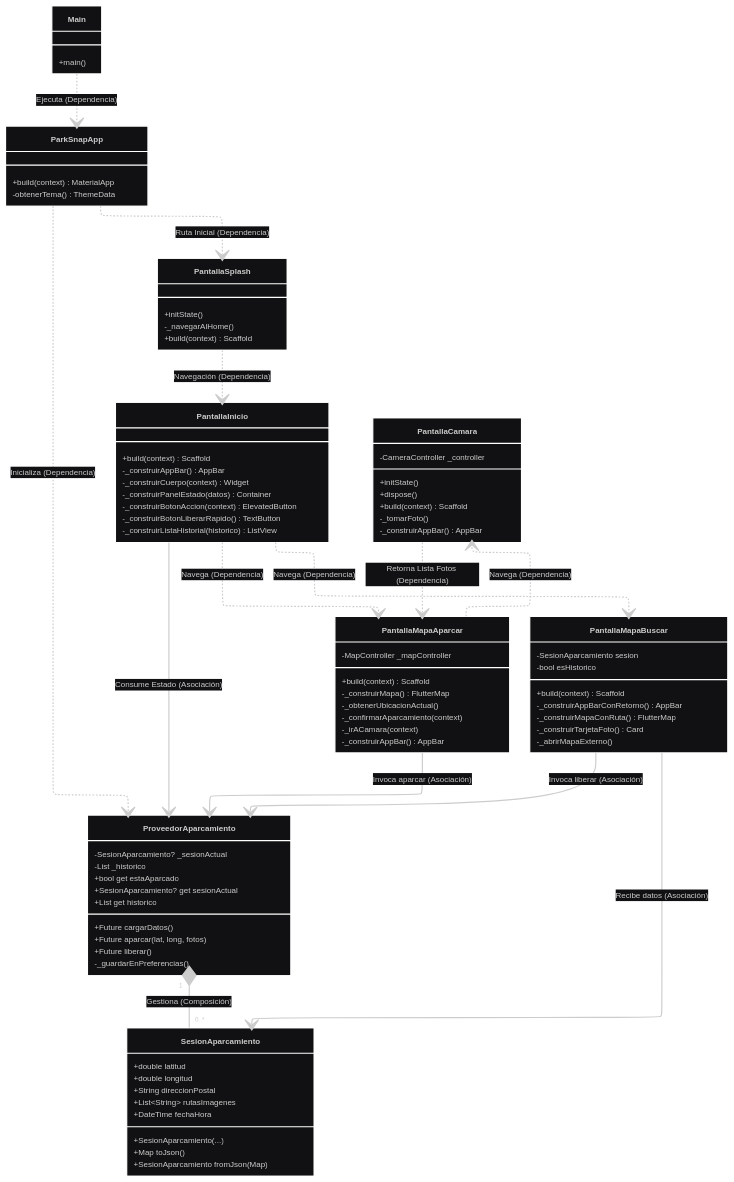
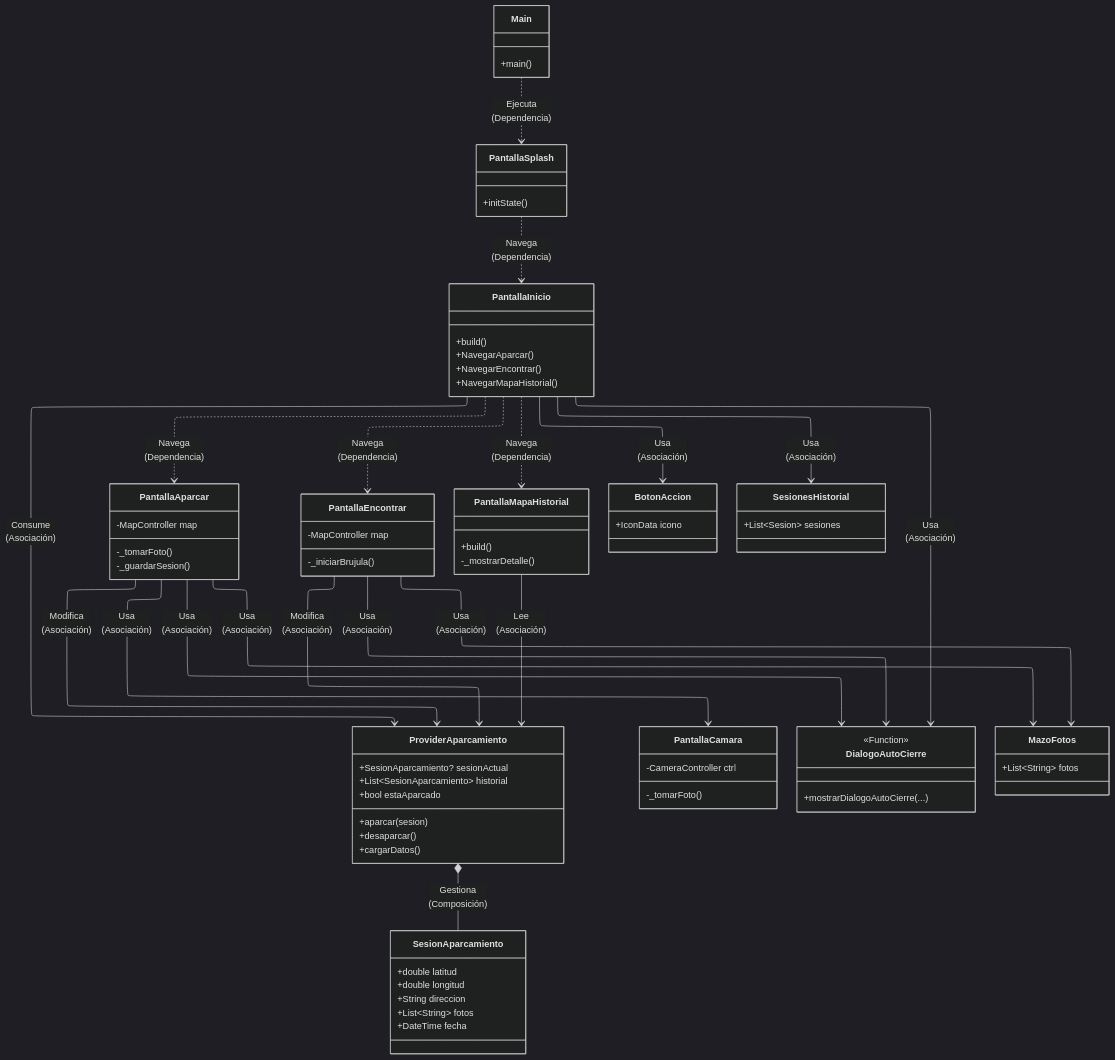
Before and after one commit to ncondeviladev/ParkSnap: the second of 2 diagrams in docs/memoria_proyecto.md, drawn with Mermaid. The commit also changed other lines of this file and 60 other files, not shown here.

Commit message:
ParkSnap v1.0.0

````diff
--- a/docs/memoria_proyecto.md
+++ b/docs/memoria_proyecto.md
@@ -138,117 +141,112 @@
 ---
 config:
   layout: elk
-  theme: redux-dark
+  theme: dark
 ---
 classDiagram
-    %% --- MAIN Y CONFIGURACIÓN ---
+    direction TB
+
+    %% --- LOGICA Y DATOS ---
     class Main {
         +main()
     }
-    class ParkSnapApp {
-        +build(context) MaterialApp
-        -obtenerTema() ThemeData
-    }
 
-    %% --- MODELO DE DATOS ---
     class SesionAparcamiento {
         +double latitud
         +double longitud
-        +String direccionPostal
-        +List~String~ rutasImagenes
-        +DateTime fechaHora
-        +SesionAparcamiento(...)
-        +Map<String, dynamic> toJson()
-        +SesionAparcamiento fromJson(Map)
+        +String direccion
+        +List~String~ fotos
+        +DateTime fecha
     }
 
-    %% --- LÓGICA DE NEGOCIO (PROVIDER) ---
-    class ProveedorAparcamiento {
-        -SesionAparcamiento? _sesionActual
-        -List<SesionAparcamiento> _historico
-        +bool get estaAparcado
-        +SesionAparcamiento? get sesionActual
-        +List<SesionAparcamiento> get historico
-        +Future<void> cargarDatos()
-        +Future<void> aparcar(lat, long, fotos)
-        +Future<void> liberar()
-        -_guardarEnPreferencias()
+    class ProviderAparcamiento {
+        +SesionAparcamiento? sesionActual
+        +List~SesionAparcamiento~ historial
+        +bool estaAparcado
+        +aparcar(sesion)
+        +desaparcar()
+        +cargarDatos()
     }
 
-    %% --- INTERFAZ DE USUARIO (SCREENS) ---
-
-    %% Splash Screen
+    %% --- PANTALLAS ---
     class PantallaSplash {
         +initState()
-        -_navegarAlHome()
-        +build(context) Scaffold
     }
 
-    %% Pantalla Principal (Home)
     class PantallaInicio {
-        +build(context) Scaffold
-        -_construirAppBar() AppBar
-        -_construirCuerpo(context) Widget
-        -_construirPanelEstado(datos) Container
-        -_construirBotonAccion(context) ElevatedButton
-        -_construirBotonLiberarRapido() TextButton
-        -_construirListaHistorial(historico) ListView
+        +build()
+        +NavegarAparcar()
+        +NavegarEncontrar()
+        +NavegarMapaHistorial()
     }
 
-    %% Mapa de Aparcamiento
-    class PantallaMapaAparcar {
-        -MapController _mapController
-        +build(context) Scaffold
-        -_construirMapa() FlutterMap
-        -_obtenerUbicacionActual()
-        -_confirmarAparcamiento(context)
-        -_irACamara(context)
-        -_construirAppBar() AppBar
+    class PantallaAparcar {
+        -MapController map
+        -_tomarFoto()
+        -_guardarSesion()
     }
 
-    %% Interfaz de Cámara
-    class PantallaCamara {
-        -CameraController _controller
-        +initState()
-        +dispose()
-        +build(context) Scaffold
-        -_tomarFoto()
-        -_construirAppBar() AppBar
+    class PantallaEncontrar {
+        -MapController map
+        -_iniciarBrujula()
     }
 
-    %% Mapa de Búsqueda
-    class PantallaMapaBuscar {
-        -SesionAparcamiento sesion
-        -bool esHistorico
-        +build(context) Scaffold
-        -_construirAppBarConRetorno() AppBar
-        -_construirMapaConRuta() FlutterMap
-        -_construirTarjetaFoto() Card
-        -_abrirMapaExterno()
+    class PantallaMapaHistorial {
+        +build()
+        -_mostrarDetalle()
     }
 
-    %% --- RELACIONES Y FLUJO ---
+    class PantallaCamara {
+        -CameraController ctrl
+        -_tomarFoto()
+    }
 
-    %% Flujo de Ejecución
-    Main ..> ParkSnapApp : Ejecuta (Dependencia)
-    ParkSnapApp ..> PantallaSplash : Ruta Inicial (Dependencia)
-    ParkSnapApp ..> ProveedorAparcamiento : Inicializa (Dependencia)
+    %% --- WIDGETS ---
+    class BotonAccion {
+        +IconData icono
+    }
 
-    %% Navegación
-    PantallaSplash ..> PantallaInicio : Navegación (Dependencia)
+    class DialogoAutoCierre {
+        <<Function>>
+        +mostrarDialogoAutoCierre(...)
+    }
 
-    PantallaInicio --> ProveedorAparcamiento : Consume Estado (Asociación)
-    PantallaInicio ..> PantallaMapaAparcar : Navega (Dependencia)
-    PantallaInicio ..> PantallaMapaBuscar : Navega (Dependencia)
+    class MazoFotos {
+        +List~String~ fotos
+    }
 
-    PantallaMapaAparcar --> ProveedorAparcamiento : Invoca aparcar (Asociación)
-    PantallaMapaAparcar ..> PantallaCamara : Navega (Dependencia)
+    class SesionesHistorial {
+        +List~Sesion~ sesiones
+    }
 
-    PantallaCamara ..> PantallaMapaAparcar : Retorna Lista Fotos (Dependencia)
+    %% --- RELACIONES ---
 
-    PantallaMapaBuscar --> SesionAparcamiento : Recibe datos (Asociación)
-    PantallaMapaBuscar --> ProveedorAparcamiento : Invoca liberar (Asociación)
+    %% Composición (Rombo Relleno)
+    ProviderAparcamiento *-- SesionAparcamiento : Gestiona<br/>(Composición)
 
-    %% Gestión de Datos (Cardinalidad Importante aquí)
-    ProveedorAparcamiento "1" *-- "0..*" SesionAparcamiento : Gestiona (Composición)
+    %% Dependencia (Navegación - Punteada)
+    Main ..> PantallaSplash : Ejecuta<br/>(Dependencia)
+    PantallaSplash ..> PantallaInicio : Navega<br/>(Dependencia)
+
+    PantallaInicio ..> PantallaAparcar : Navega<br/>(Dependencia)
+    PantallaInicio ..> PantallaEncontrar : Navega<br/>(Dependencia)
+    PantallaInicio ..> PantallaMapaHistorial : Navega<br/>(Dependencia)
+
+    %% Asociación (Uso - Continua)
+    PantallaAparcar --> PantallaCamara : Usa<br/>(Asociación)
+
+    PantallaInicio --> ProviderAparcamiento : Consume<br/>(Asociación)
+    PantallaAparcar --> ProviderAparcamiento : Modifica<br/>(Asociación)
+    PantallaEncontrar --> ProviderAparcamiento : Modifica<br/>(Asociación)
+    PantallaMapaHistorial --> ProviderAparcamiento : Lee<br/>(Asociación)
+
+    PantallaInicio --> BotonAccion : Usa<br/>(Asociación)
+    PantallaInicio --> SesionesHistorial : Usa<br/>(Asociación)
+
+    PantallaAparcar --> MazoFotos : Usa<br/>(Asociación)
+    PantallaEncontrar --> MazoFotos : Usa<br/>(Asociación)
+
+    PantallaAparcar --> DialogoAutoCierre : Usa<br/>(Asociación)
+    PantallaEncontrar --> DialogoAutoCierre : Usa<br/>(Asociación)
+    PantallaInicio --> DialogoAutoCierre : Usa<br/>(Asociación)
 ```
````
